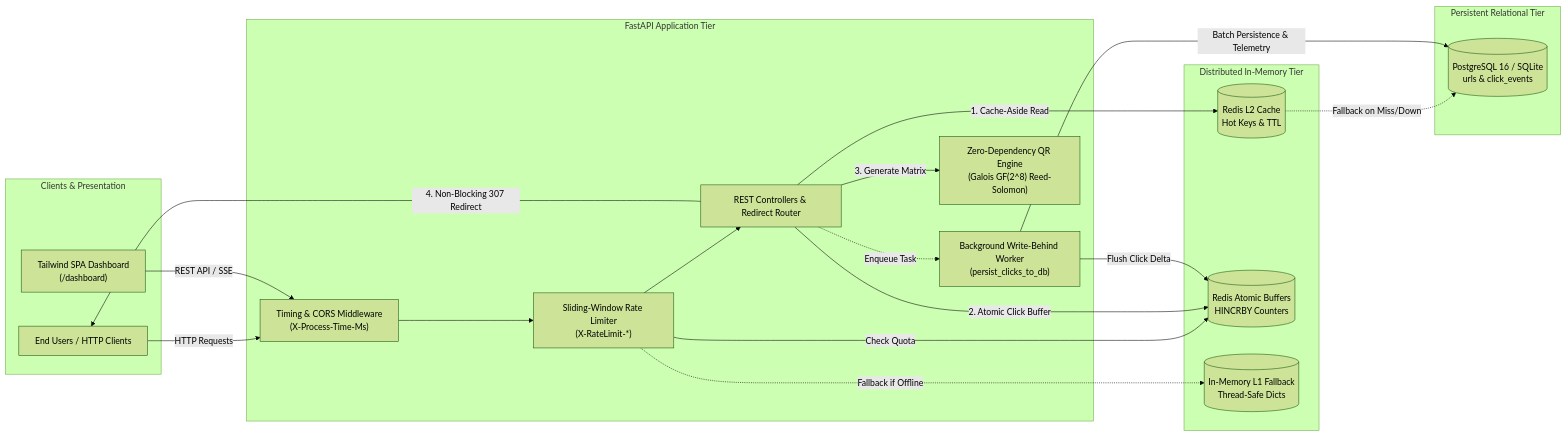
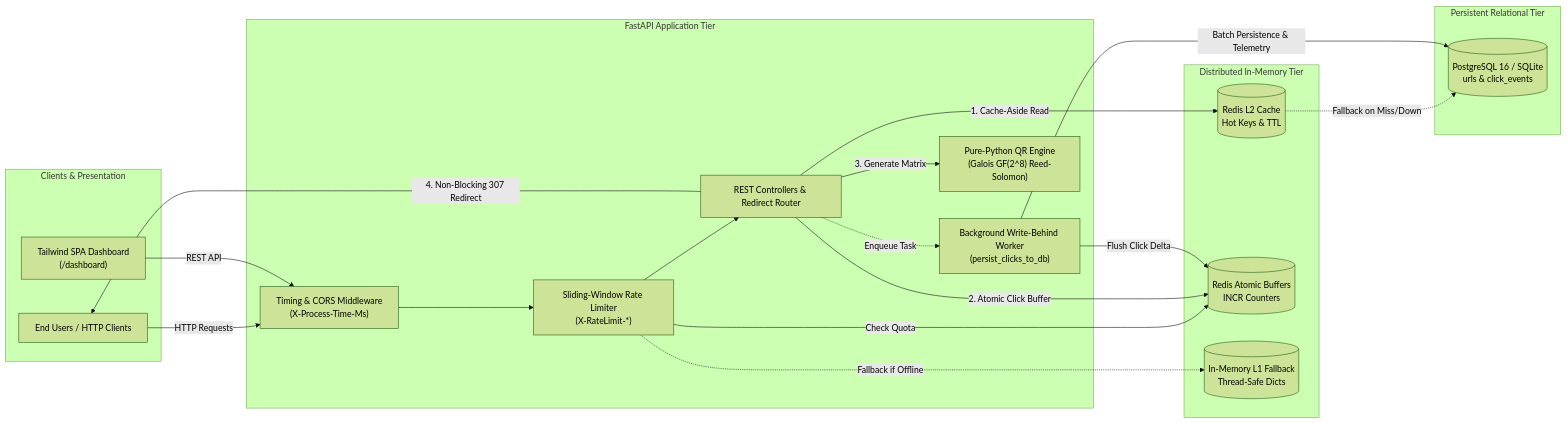
The diagram in README.md (Adilm8/fastapi-url-shortener), drawn with Mermaid (forest theme) before and after one commit. The commit also changed other lines of this file and 4 other files, not shown here.

````diff
--- a/README.md
+++ b/README.md
@@ -36,42 +38,42 @@
 ```mermaid
 flowchart LR
     subgraph Clients["Clients & Presentation"]
         Browser["End Users / HTTP Clients"]
         Dashboard["Tailwind SPA Dashboard<br/>(/dashboard)"]
     end
 
     subgraph Edge["FastAPI Application Tier"]
         Middleware["Timing & CORS Middleware<br/>(X-Process-Time-Ms)"]
         RateLimiter["Sliding-Window Rate Limiter<br/>(X-RateLimit-*)"]
         Router["REST Controllers & Redirect Router"]
         BgWorker["Background Write-Behind Worker<br/>(persist_clicks_to_db)"]
-        QREngine["Zero-Dependency QR Engine<br/>(Galois GF(2^8) Reed-Solomon)"]
+        QREngine["Pure-Python QR Engine<br/>(Galois GF(2^8) Reed-Solomon)"]
     end
 
     subgraph CacheTier["Distributed In-Memory Tier"]
         RedisCache[("Redis L2 Cache<br/>Hot Keys & TTL")]
-        RedisCounter[("Redis Atomic Buffers<br/>HINCRBY Counters")]
+        RedisCounter[("Redis Atomic Buffers<br/>INCR Counters")]
         MemoryFallback[("In-Memory L1 Fallback<br/>Thread-Safe Dicts")]
     end
 
     subgraph StorageTier["Persistent Relational Tier"]
         PostgresDB[("PostgreSQL 16 / SQLite<br/>urls & click_events")]
     end
 
     Browser -->|HTTP Requests| Middleware
-    Dashboard -->|REST API / SSE| Middleware
+    Dashboard -->|REST API| Middleware
     Middleware --> RateLimiter
     RateLimiter -->|Check Quota| RedisCounter
     RateLimiter -.->|Fallback if Offline| MemoryFallback
     RateLimiter --> Router
 
     Router -->|1. Cache-Aside Read| RedisCache
     RedisCache -.->|Fallback on Miss/Down| PostgresDB
     Router -->|2. Atomic Click Buffer| RedisCounter
     Router -->|3. Generate Matrix| QREngine
     Router -->|4. Non-Blocking 307 Redirect| Browser
 
     Router -.->|Enqueue Task| BgWorker
     BgWorker -->|Flush Click Delta| RedisCounter
     BgWorker -->|Batch Persistence & Telemetry| PostgresDB
 ```
````
